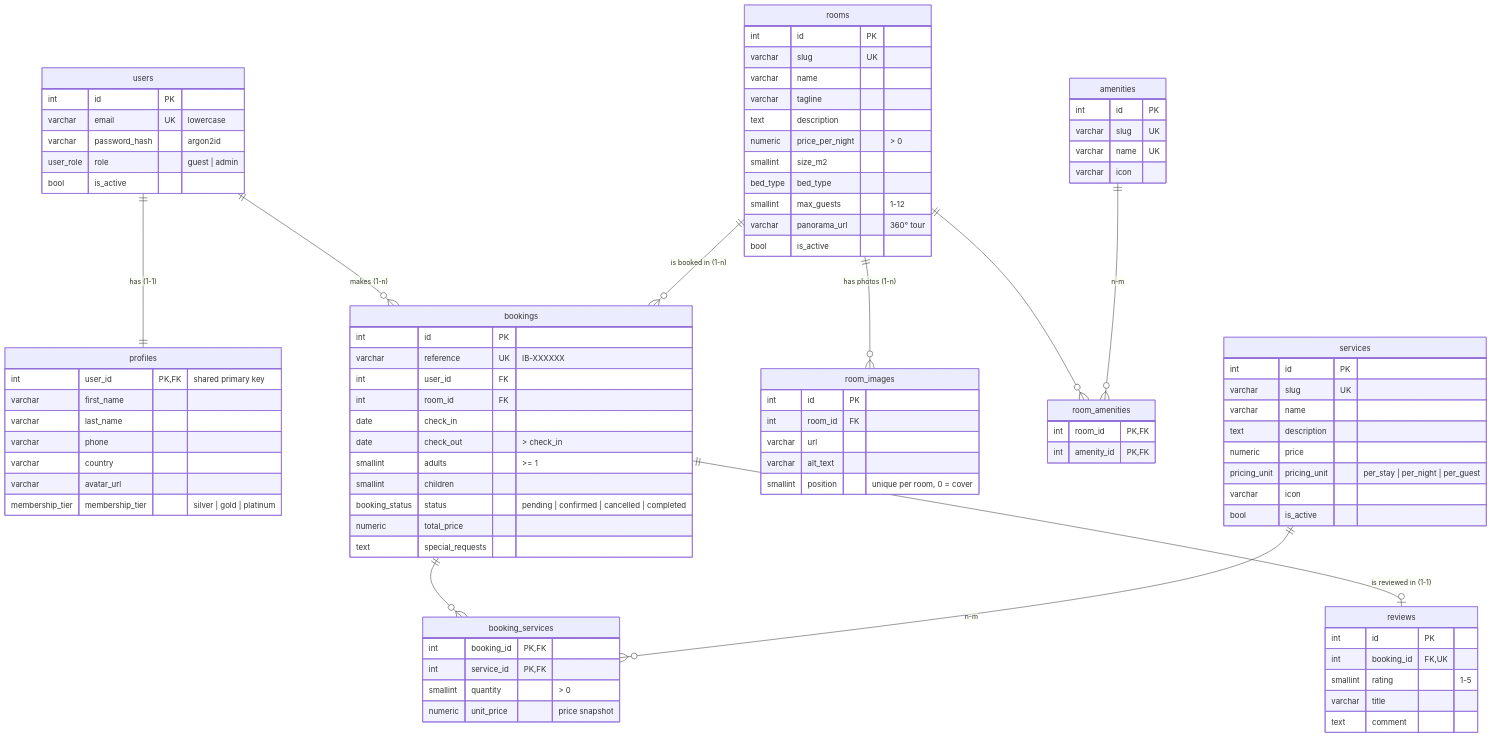
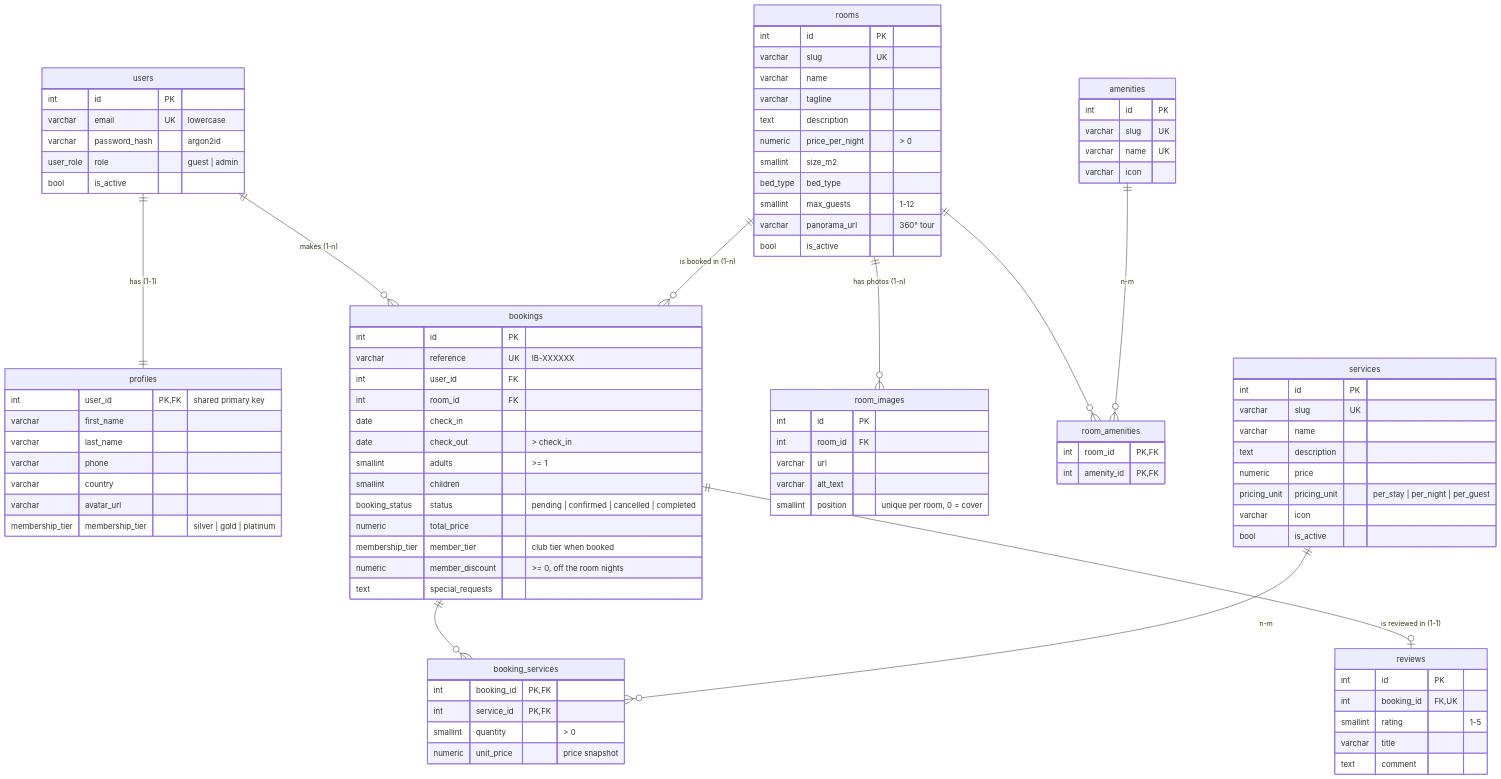
The diagram in docs/database.md (AndrewTechTips/isla-blanca), drawn with Mermaid before and after one commit. The commit also changed other lines of this file and 17 other files, not shown here.

First line of the commit message:
Add the Isla Blanca Club: member rates and tiers that rise with stays

```diff
--- a/docs/database.md
+++ b/docs/database.md
@@ -72,6 +72,8 @@
         smallint children
         booking_status status "pending | confirmed | cancelled | completed"
         numeric total_price
+        membership_tier member_tier "club tier when booked"
+        numeric member_discount ">= 0, off the room nights"
         text special_requests
     }
     services {
```
